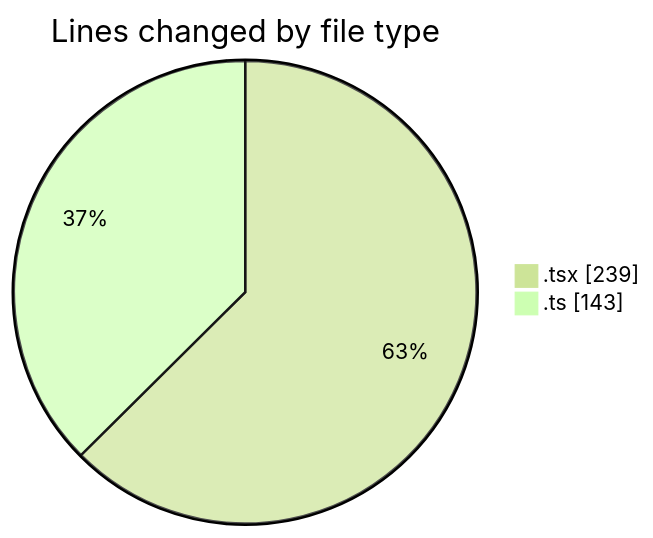
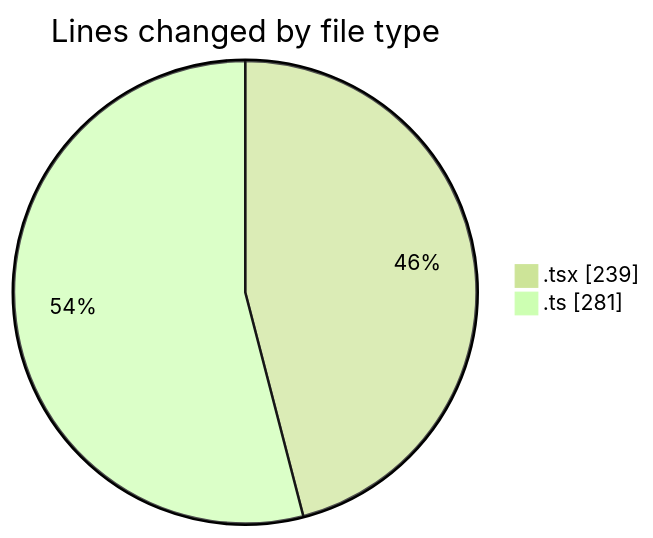
The first of 2 diagrams in 2025-11-08/eventscop-frontend-guide__workspace_/README.md (julien-gomy/code-tracking), drawn with Mermaid (forest theme) before and after one commit. The commit also changed other lines of this file and 1 other file, not shown here.

````diff
--- a/2025-11-08/eventscop-frontend-guide__workspace_/README.md
+++ b/2025-11-08/eventscop-frontend-guide__workspace_/README.md
@@ -24,6 +25,6 @@
 ```mermaid
 pie showData
 title Lines changed by file type
 ".tsx" : 239
-".ts" : 143
+".ts" : 281
 ```
````
